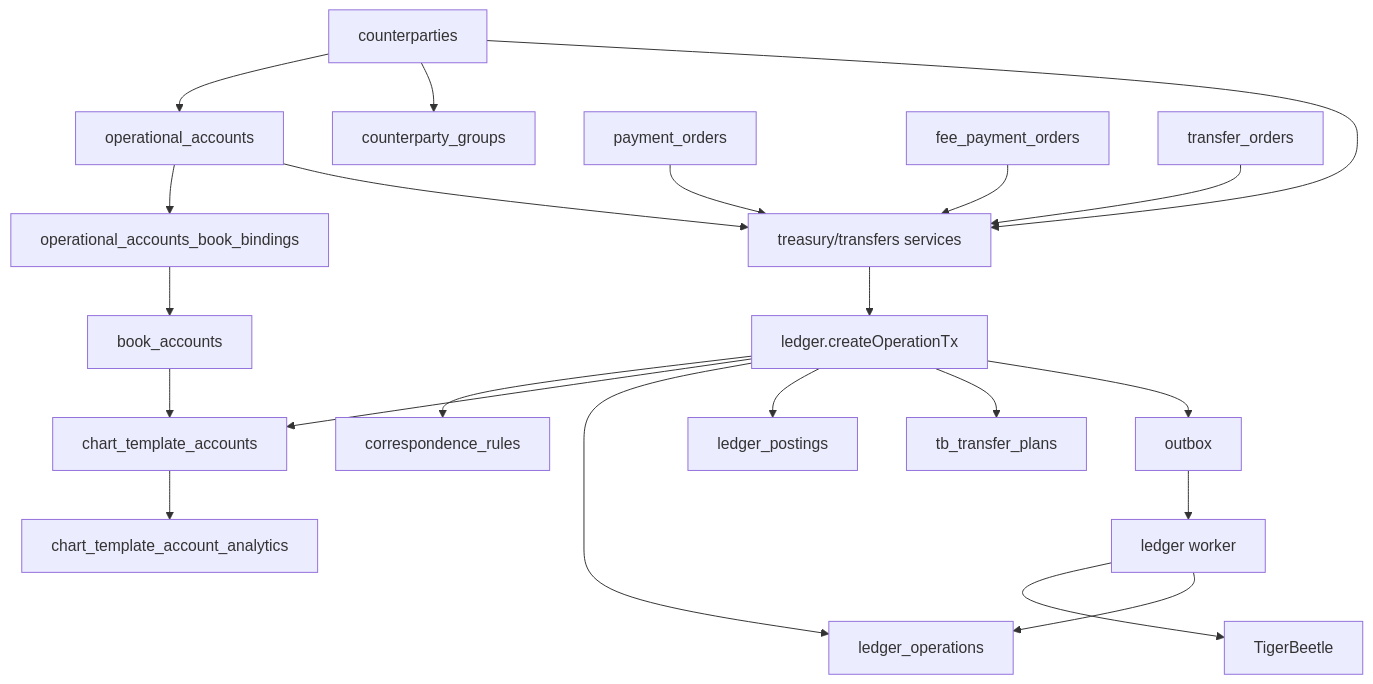
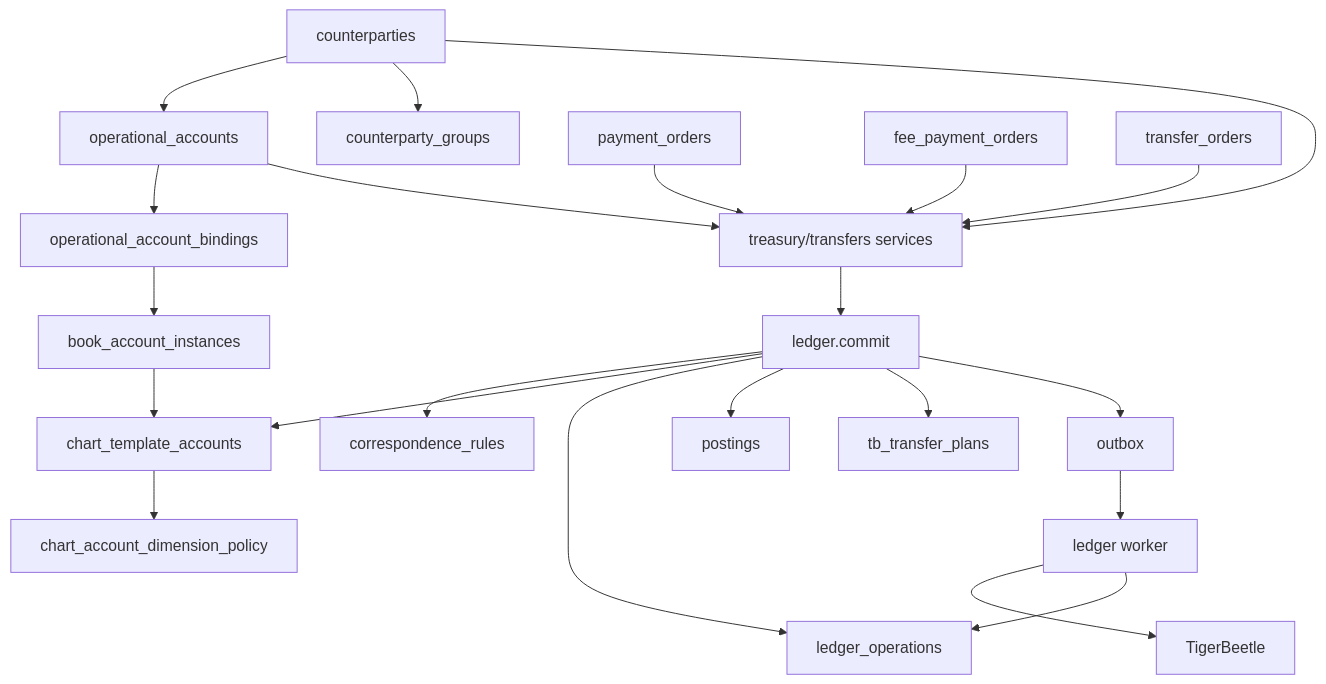
One commit to MPayments/bedrock changed the diagram in docs/architecture.md. Above: the diagram before and after it, drawn with Mermaid. The commit also changed other lines of this file and 78 other files, not shown here.

Commit message:
feat(dependency-cruiser, architecture): add dependency-cruiser configuration for architectural boundaries; enhance package structure with new modules for accounting-reporting and treasury, and update routes and services for improved organization and clarity

````diff
--- a/docs/architecture.md
+++ b/docs/architecture.md
@@ -312,48 +328,48 @@
 ```mermaid
 flowchart TD
   CP["counterparties"]
   CG["counterparty_groups"]
   OA["operational_accounts"]
-  OAB["operational_accounts_book_bindings"]
-  BA["book_accounts"]
+  OAB["operational_account_bindings"]
+  BA["book_account_instances"]
   COA["chart_template_accounts"]
-  CAA["chart_template_account_analytics"]
+  CAA["chart_account_dimension_policy"]
   CR["correspondence_rules"]
 
   PO["payment_orders"]
   FPO["fee_payment_orders"]
   TO["transfer_orders"]
   DS["treasury/transfers services"]
-  LE["ledger.createOperationTx"]
+  LE["ledger.commit"]
   LO["ledger_operations"]
-  LP["ledger_postings"]
+  LP["postings"]
   TP["tb_transfer_plans"]
   OB["outbox"]
   LW["ledger worker"]
   TB["TigerBeetle"]
 
   CP --> OA
   CP --> CG
   OA --> OAB
   OAB --> BA
   BA --> COA
   COA --> CAA
 
   PO --> DS
   FPO --> DS
   TO --> DS
   OA --> DS
   CP --> DS
 
   DS --> LE
   LE --> CR
   LE --> COA
   LE --> LO
   LE --> LP
   LE --> TP
   LE --> OB
 
   OB --> LW
   LW --> TB
   LW --> LO
 ```
````
